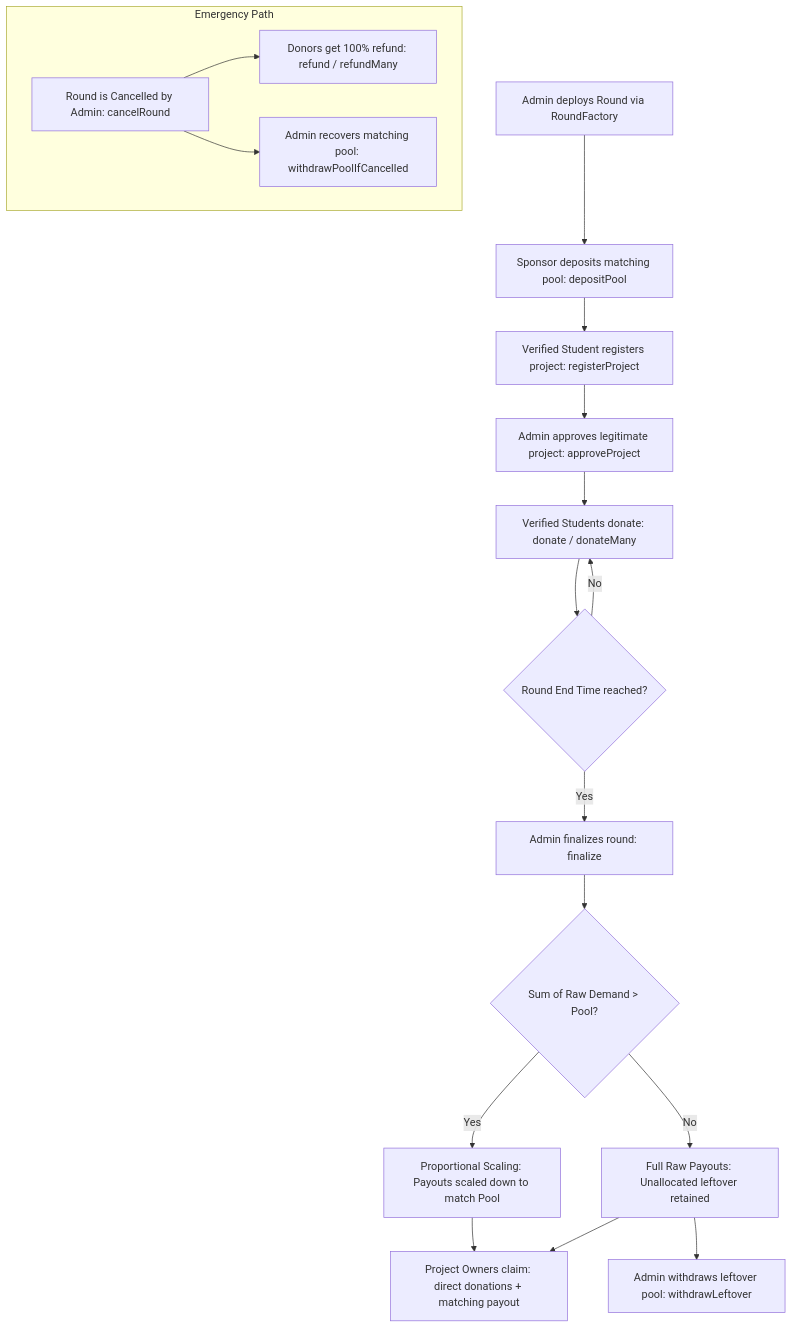
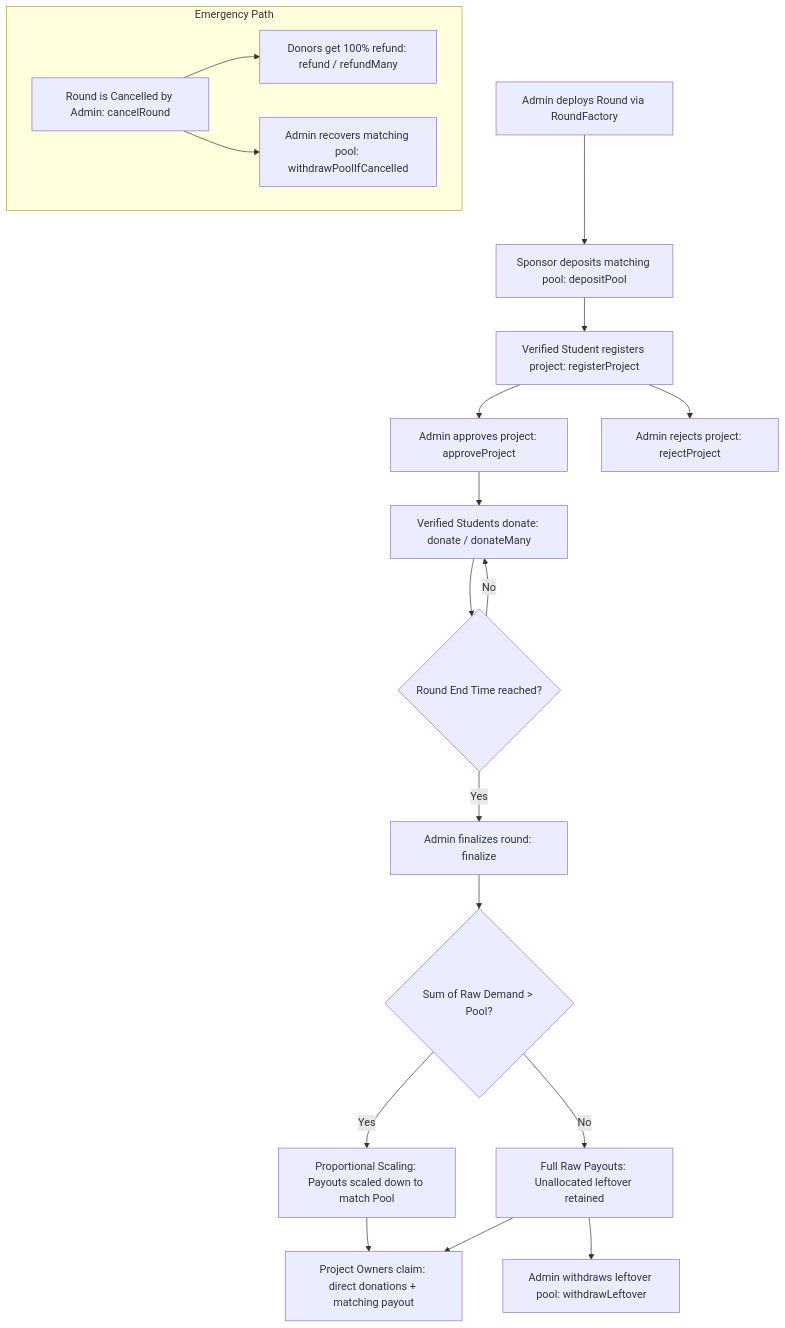
Before and after one commit to hlbaot/SqrtFund: the second of 2 diagrams in README.md, drawn with Mermaid. The commit also changed other lines of this file and 51 other files, not shown here.

````diff
--- a/README.md
+++ b/README.md
@@ -137,21 +137,22 @@
 ```mermaid
 flowchart TD
     A[Admin deploys Round via RoundFactory] --> B[Sponsor deposits matching pool: depositPool]
     B --> C[Verified Student registers project: registerProject]
-    C --> D[Admin approves legitimate project: approveProject]
+    C --> D[Admin approves project: approveProject]
+    C --> R[Admin rejects project: rejectProject]
     D --> E[Verified Students donate: donate / donateMany]
     E --> F{Round End Time reached?}
     F -- No --> E
     F -- Yes --> G[Admin finalizes round: finalize]
     G --> H{Sum of Raw Demand > Pool?}
     H -- Yes --> I[Proportional Scaling: Payouts scaled down to match Pool]
     H -- No --> J[Full Raw Payouts: Unallocated leftover retained]
     I --> K[Project Owners claim: direct donations + matching payout]
     J --> K
     J --> L[Admin withdraws leftover pool: withdrawLeftover]
 
     subgraph Emergency Path
     M[Round is Cancelled by Admin: cancelRound] --> N[Donors get 100% refund: refund / refundMany]
     M --> O[Admin recovers matching pool: withdrawPoolIfCancelled]
     end
 ```
````
